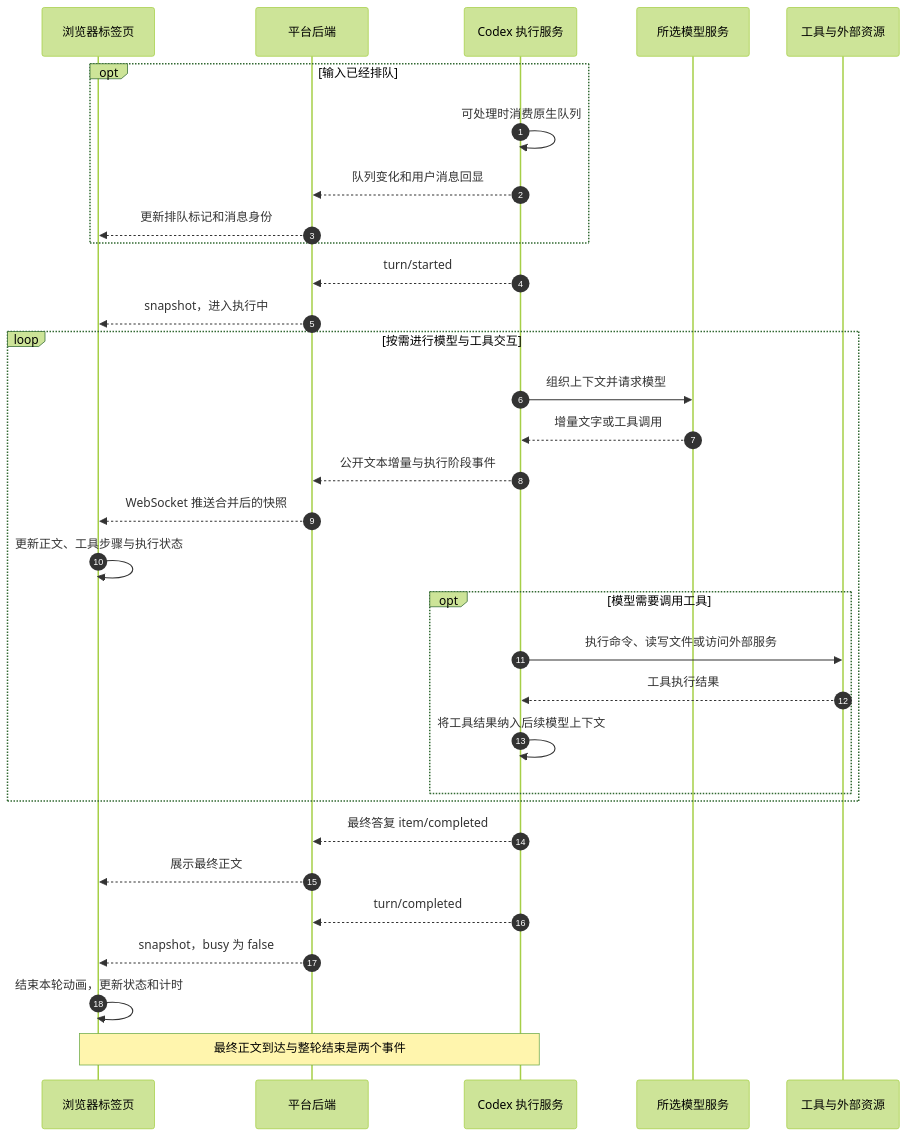
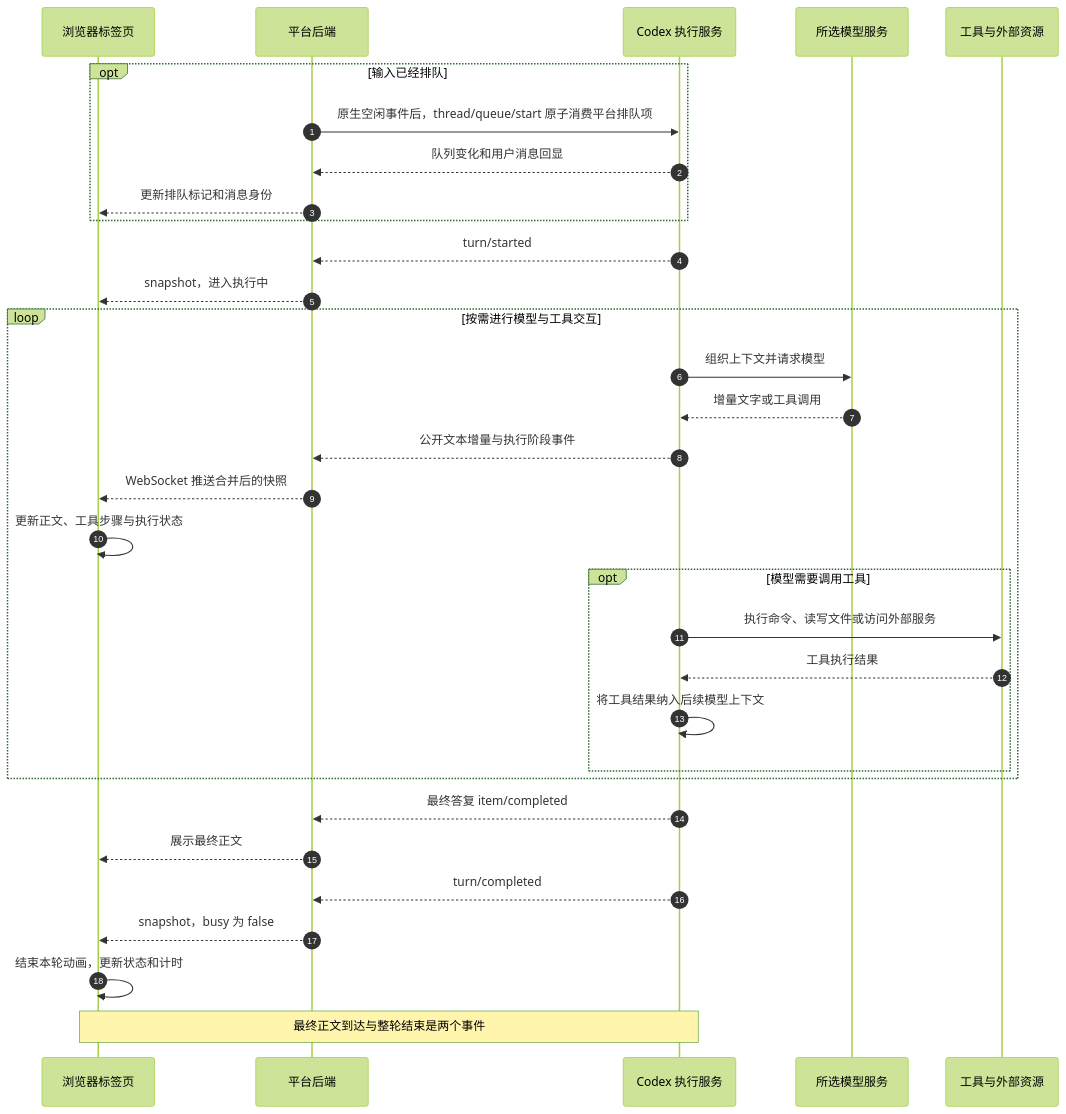
One commit to Poeagle/agentManager changed the second of 3 diagrams in docs/conversation-message-sequence.md. Above: the diagram before and after it, drawn with Mermaid (forest theme). The commit also changed other lines of this file and 26 other files, not shown here.

````diff
--- a/docs/conversation-message-sequence.md
+++ b/docs/conversation-message-sequence.md
@@ -61,34 +63,34 @@
 ```mermaid
 sequenceDiagram
     autonumber
     participant B as 浏览器标签页
     participant P as 平台后端
     participant C as Codex 执行服务
     participant M as 所选模型服务
     participant T as 工具与外部资源
     opt 输入已经排队
-        C->>C: 可处理时消费原生队列
+        P->>C: 原生空闲事件后，thread/queue/start 原子消费平台排队项
         C-->>P: 队列变化和用户消息回显
         P-->>B: 更新排队标记和消息身份
     end
     C-->>P: turn/started
     P-->>B: snapshot，进入执行中
     loop 按需进行模型与工具交互
         C->>M: 组织上下文并请求模型
         M-->>C: 增量文字或工具调用
         C-->>P: 公开文本增量与执行阶段事件
         P-->>B: WebSocket 推送合并后的快照
         B->>B: 更新正文、工具步骤与执行状态
         opt 模型需要调用工具
             C->>T: 执行命令、读写文件或访问外部服务
             T-->>C: 工具执行结果
             C->>C: 将工具结果纳入后续模型上下文
         end
     end
     C-->>P: 最终答复 item/completed
     P-->>B: 展示最终正文
     C-->>P: turn/completed
     P-->>B: snapshot，busy 为 false
     B->>B: 结束本轮动画，更新状态和计时
     Note over B,C: 最终正文到达与整轮结束是两个事件
 ```
````
